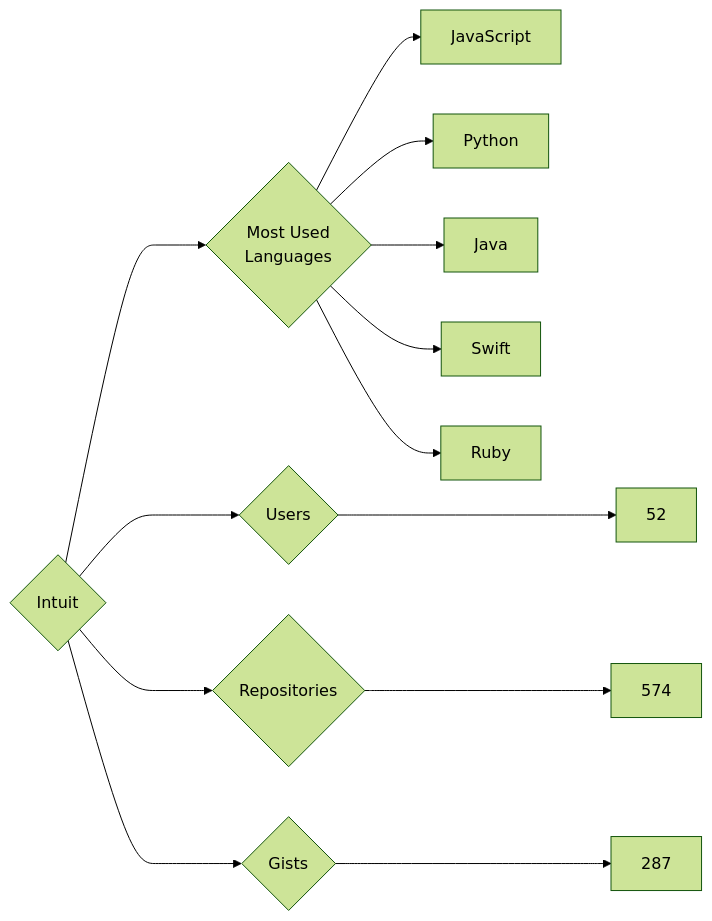
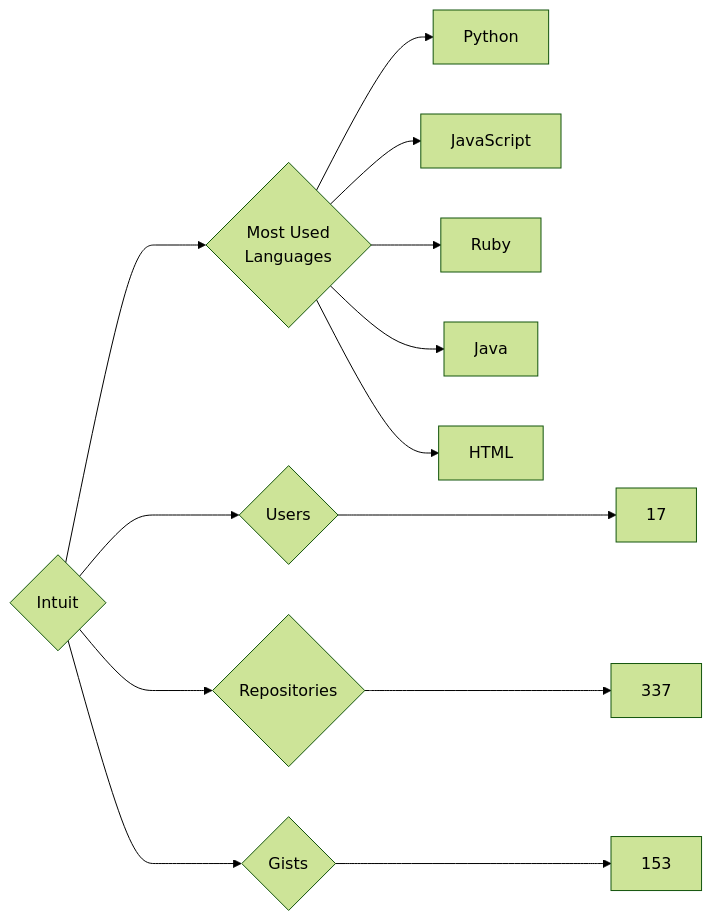
Before and after one commit to trickest/insiders: the diagram in targets/Intuit/README.md, drawn with Mermaid (forest theme). The commit also changed 861 other files, not shown here.

````diff
--- a/targets/Intuit/README.md
+++ b/targets/Intuit/README.md
@@ -3,13 +3,13 @@
 ```mermaid
 graph LR
 COMPANY_NAME{Intuit}
-COMPANY_NAME ---> U{Users} ---> UN[52]
-COMPANY_NAME ---> R{Repositories} ---> RN[574]
-COMPANY_NAME ---> G{Gists} ---> GN[287]
+COMPANY_NAME ---> U{Users} ---> UN[17]
+COMPANY_NAME ---> R{Repositories} ---> RN[337]
+COMPANY_NAME ---> G{Gists} ---> GN[153]
 COMPANY_NAME ---> ML{Most Used<br>Languages}
+ML --> Python[Python]
 ML --> JavaScript[JavaScript]
-ML --> Python[Python]
+ML --> Ruby[Ruby]
 ML --> Java[Java]
-ML --> Swift[Swift]
-ML --> Ruby[Ruby]
+ML --> HTML[HTML]
 ```
````
